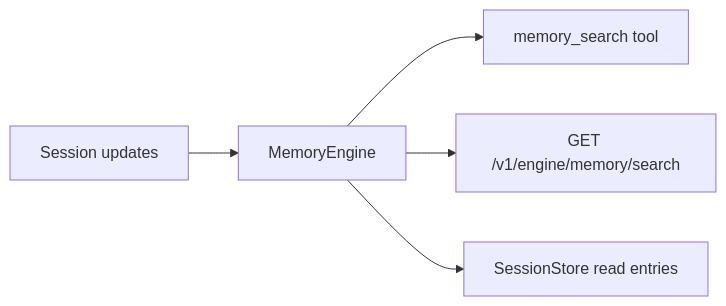
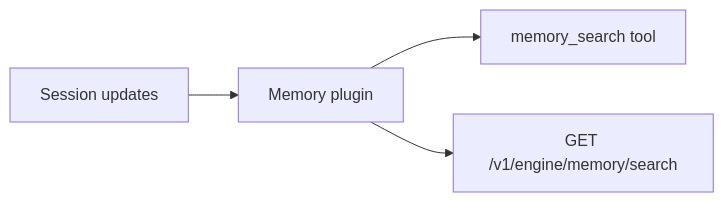
The diagram in docs/memory.md (slopus/gram), drawn with Mermaid before and after one commit. The commit also changed other lines of this file and 9 other files, not shown here.

````diff
--- a/docs/memory.md
+++ b/docs/memory.md
@@ -9,7 +9,6 @@
 ```mermaid
 flowchart LR
-  Sessions[Session updates] --> Memory[MemoryEngine]
+  Sessions[Session updates] --> Memory[Memory plugin]
   Memory --> Search[memory_search tool]
   Memory --> API[GET /v1/engine/memory/search]
-  Memory --> SessionsAPI[SessionStore read entries]
 ```
````
